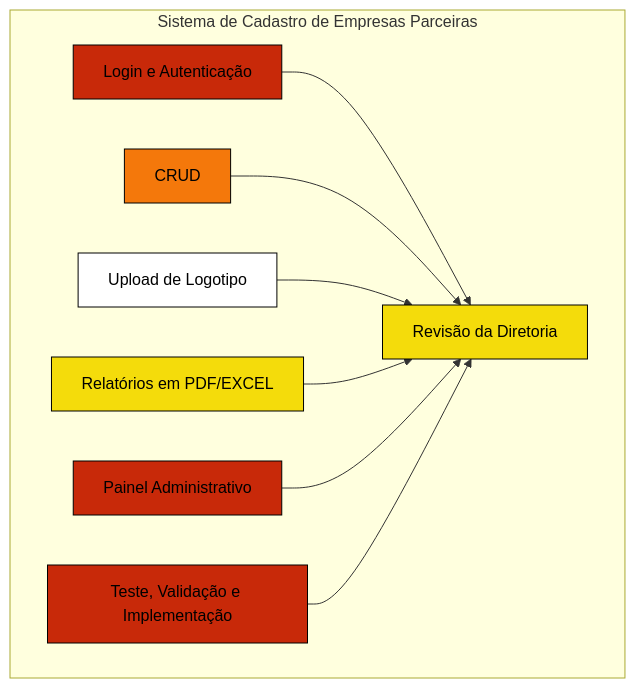
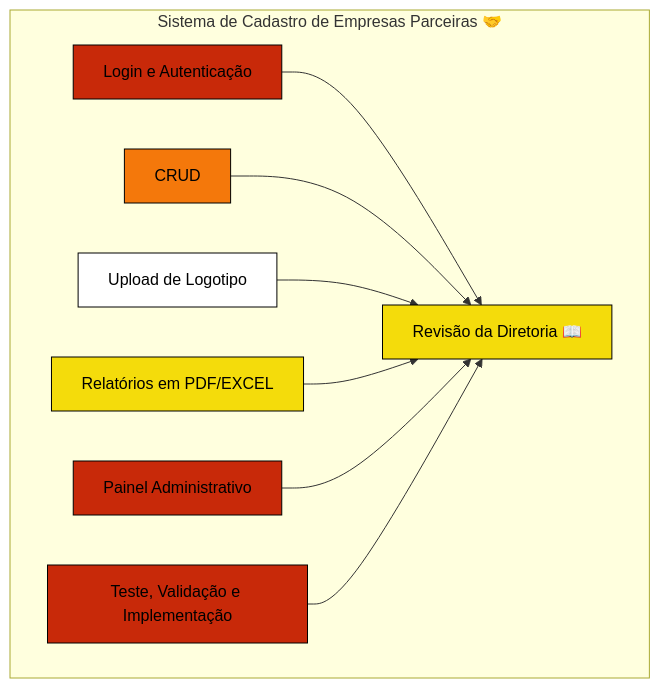
Before and after one commit to MaxPichy/teste_gannt3: the second of 2 diagrams in ATIVIDADE1.md, drawn with Mermaid.

````diff
--- a/ATIVIDADE1.md
+++ b/ATIVIDADE1.md
@@ -35,17 +35,19 @@
 ```mermaid
 graph TD
 
     classDef white color:#000, fill:#FFF, stroke:#000, stroke-width:1px;
     classDef yellow color:#000, fill:#F4DC0B, stroke:#000, stroke-width:1px;
     classDef orange color:#000, fill:#F4780B, stroke:#000, stroke-width:1px;
     classDef red color:#000, fill:#C82909, stroke:#000, stroke-width:1px;
 
-    subgraph Sistema de Cadastro de Empresas Parceiras
-        A1["Login e Autenticação"]:::red-->             B1["Revisão da Diretoria"]:::yellow
-        A2["CRUD"]:::orange-->                          B1["Revisão da Diretoria"]:::yellow
-        A3["Upload de Logotipo"]:::white-->             B1["Revisão da Diretoria"]:::yellow
-        A4["Relatórios em PDF/EXCEL"]:::yellow-->       B1["Revisão da Diretoria"]:::yellow
-        A5["Painel Administrativo"]:::red-->            B1["Revisão da Diretoria"]:::yellow
-        A6["Teste, Validação e Implementação"]:::red--> B1["Revisão da Diretoria"]:::yellow
+    subgraph "Sistema de Cadastro de Empresas Parceiras 🤝"
+        A1["Login e Autenticação"]:::red-->             B1
+        A2["CRUD"]:::orange-->                          B1
+        A3["Upload de Logotipo"]:::white-->             B1
+        A4["Relatórios em PDF/EXCEL"]:::yellow-->       B1
+        A5["Painel Administrativo"]:::red-->            B1
+        A6["Teste, Validação e Implementação"]:::red--> B1
+
+        B1["Revisão da Diretoria 📖"]:::yellow
     end
 ```
````
